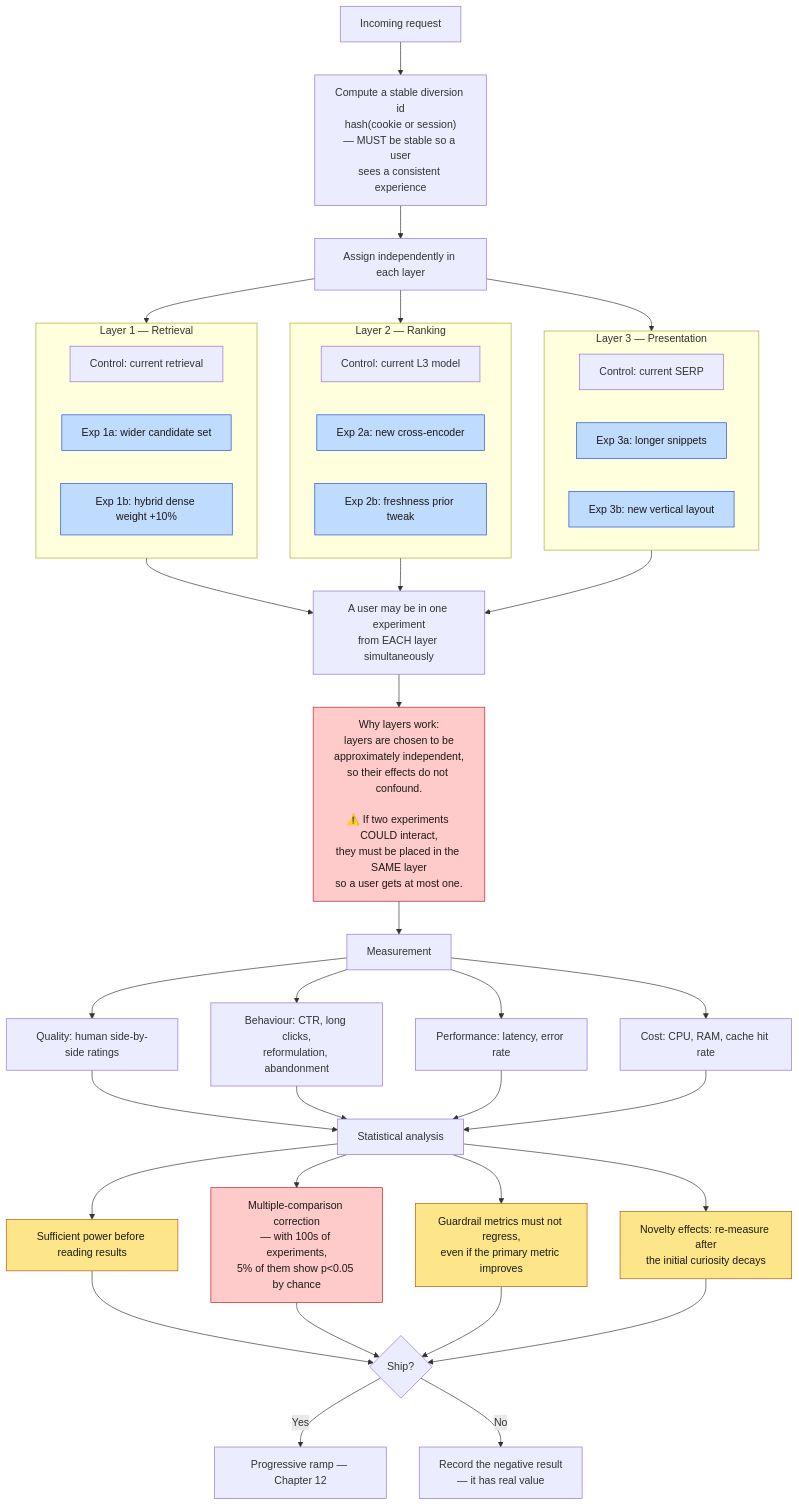
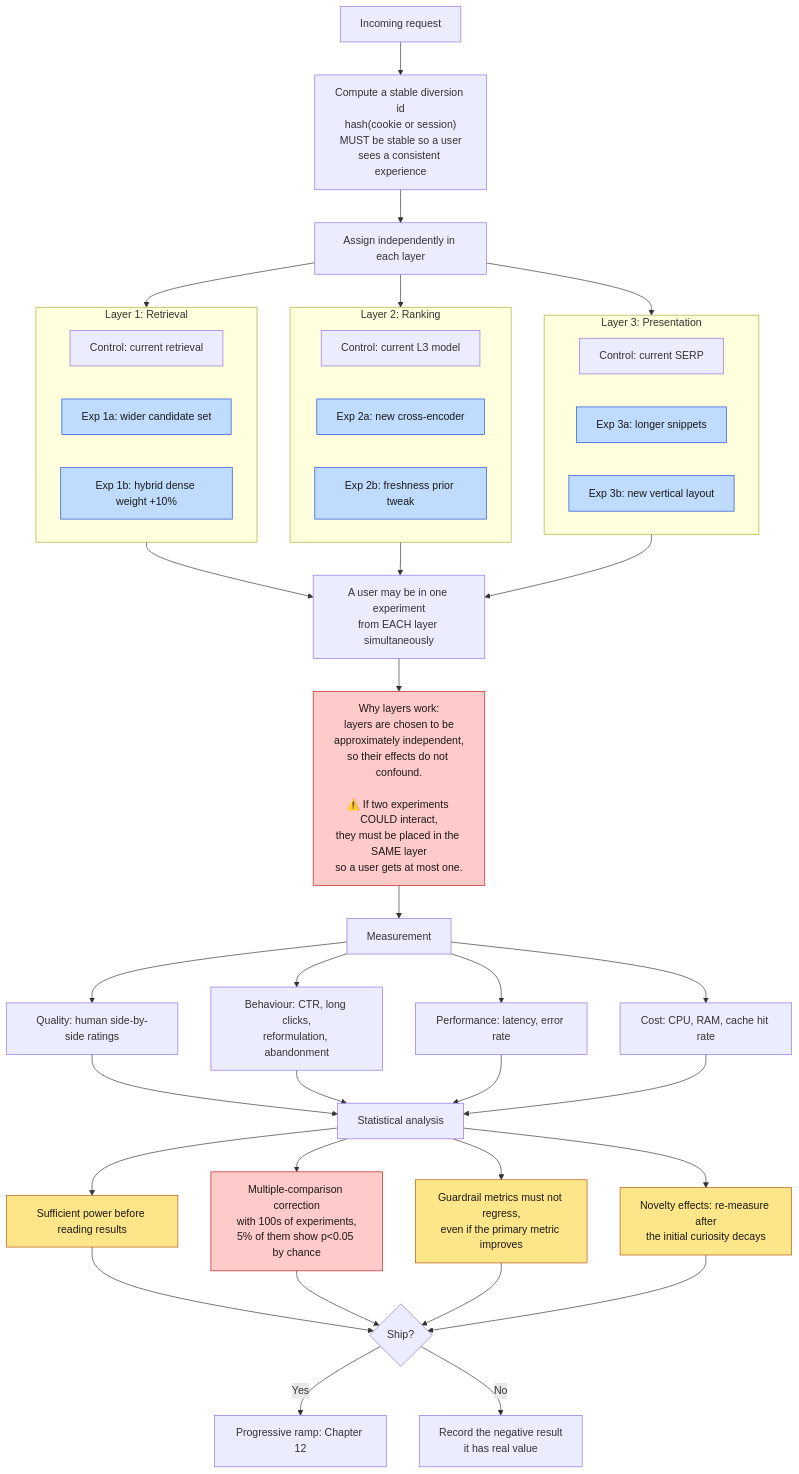
The third of 4 diagrams in docs/en/13-observability.md (ahmedselimmansor-ctrl/google-search-system-design), drawn with Mermaid before and after one commit. The commit also changed other lines of this file and 89 other files, not shown here.

````diff
--- a/docs/en/13-observability.md
+++ b/docs/en/13-observability.md
@@ -131,54 +131,54 @@
 ```mermaid
 flowchart TB
-    REQ["Incoming request"] --> ID["Compute a stable diversion id<br/>hash(cookie or session)<br/>— MUST be stable so a user<br/>sees a consistent experience"]
+    REQ["Incoming request"] --> ID["Compute a stable diversion id<br/>hash(cookie or session)<br/>MUST be stable so a user<br/>sees a consistent experience"]
 
     ID --> LAYERS["Assign independently in each layer"]
 
-    subgraph L1["Layer 1 — Retrieval"]
+    subgraph L1["Layer 1: Retrieval"]
         A1["Control: current retrieval"]
         A2["Exp 1a: wider candidate set"]
         A3["Exp 1b: hybrid dense weight +10%"]
     end
 
-    subgraph L2["Layer 2 — Ranking"]
+    subgraph L2["Layer 2: Ranking"]
         B1["Control: current L3 model"]
         B2["Exp 2a: new cross-encoder"]
         B3["Exp 2b: freshness prior tweak"]
     end
 
-    subgraph L3["Layer 3 — Presentation"]
+    subgraph L3["Layer 3: Presentation"]
         C1["Control: current SERP"]
         C2["Exp 3a: longer snippets"]
         C3["Exp 3b: new vertical layout"]
     end
 
     LAYERS --> L1 & L2 & L3
 
     L1 & L2 & L3 --> COMBINE["A user may be in one experiment<br/>from EACH layer simultaneously"]
 
     COMBINE --> WHY["Why layers work:<br/>layers are chosen to be<br/>approximately independent,<br/>so their effects do not confound.<br/><br/>⚠️ If two experiments COULD interact,<br/>they must be placed in the SAME layer<br/>so a user gets at most one."]
 
     WHY --> MEASURE["Measurement"]
 
     MEASURE --> ME1["Quality: human side-by-side ratings"]
     MEASURE --> ME2["Behaviour: CTR, long clicks,<br/>reformulation, abandonment"]
     MEASURE --> ME3["Performance: latency, error rate"]
     MEASURE --> ME4["Cost: CPU, RAM, cache hit rate"]
 
     ME1 & ME2 & ME3 & ME4 --> STAT["Statistical analysis"]
     STAT --> ST1["Sufficient power before reading results"]
-    STAT --> ST2["Multiple-comparison correction<br/>— with 100s of experiments,<br/>5% of them show p<0.05 by chance"]
+    STAT --> ST2["Multiple-comparison correction<br/>with 100s of experiments,<br/>5% of them show p<0.05 by chance"]
     STAT --> ST3["Guardrail metrics must not regress,<br/>even if the primary metric improves"]
     STAT --> ST4["Novelty effects: re-measure after<br/>the initial curiosity decays"]
 
     ST1 & ST2 & ST3 & ST4 --> DECIDE{"Ship?"}
-    DECIDE -->|"Yes"| RAMP["Progressive ramp — Chapter 12"]
-    DECIDE -->|"No"| LEARN["Record the negative result<br/>— it has real value"]
+    DECIDE -->|"Yes"| RAMP["Progressive ramp: Chapter 12"]
+    DECIDE -->|"No"| LEARN["Record the negative result<br/>it has real value"]
 
     classDef exp fill:#bfdbfe,stroke:#1d4ed8,color:#1c1917
     classDef stat fill:#fde68a,stroke:#b45309,color:#1c1917
     classDef warn fill:#fecaca,stroke:#b91c1c,color:#1c1917
     class A2,A3,B2,B3,C2,C3 exp
     class ST1,ST2,ST3,ST4 stat
     class WHY,ST2 warn
 ```
````
